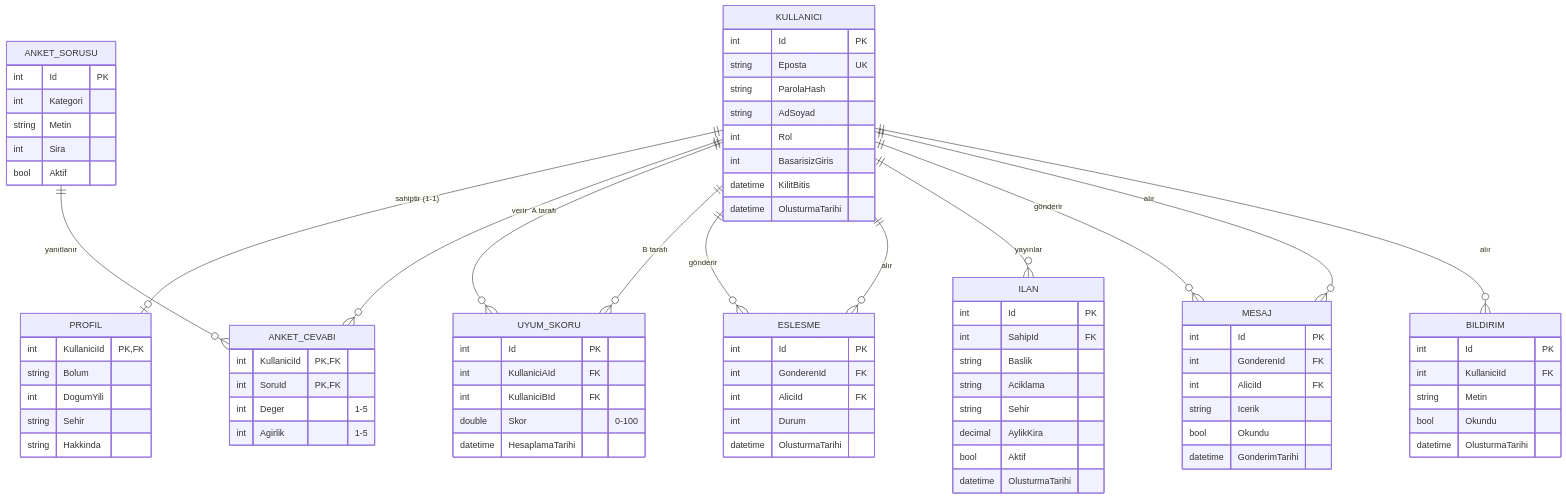
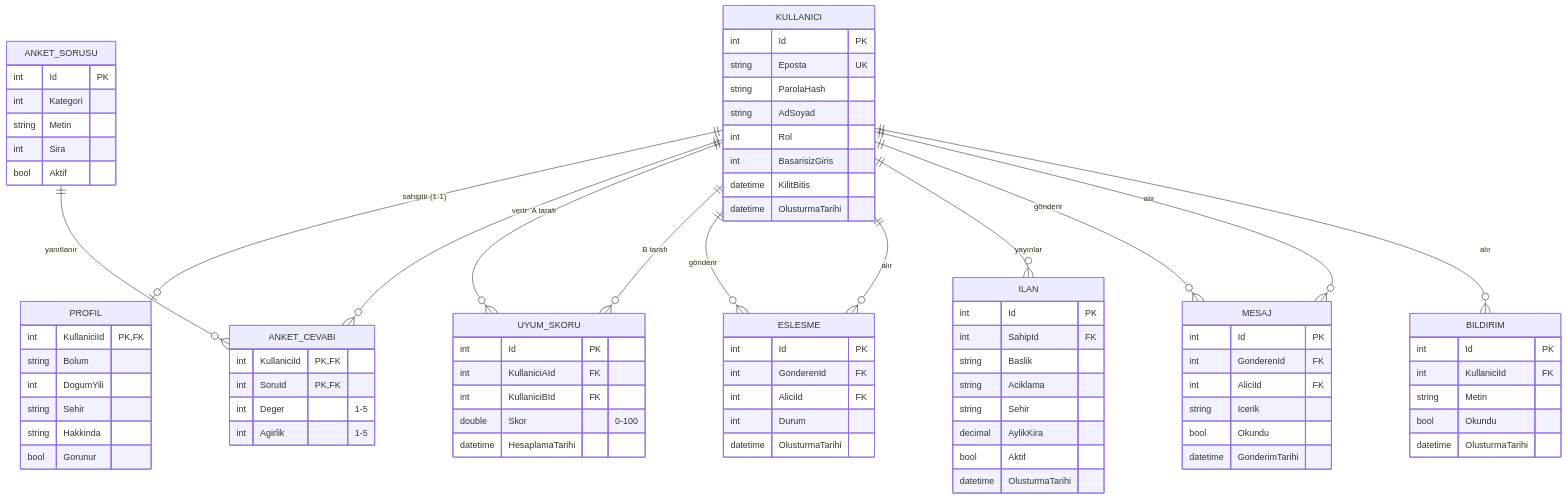
One commit to yasarmuhammed012-tech/uyumeslestirme changed the diagram in docs/er-diyagrami.md. Above: the diagram before and after it, drawn with Mermaid. The commit also changed 23 other files, not shown here.

```diff
--- a/docs/er-diyagrami.md
+++ b/docs/er-diyagrami.md
@@ -30,6 +30,7 @@
         int DogumYili
         string Sehir
         string Hakkinda
+        bool Gorunur
     }
     ANKET_SORUSU {
         int Id PK
```
